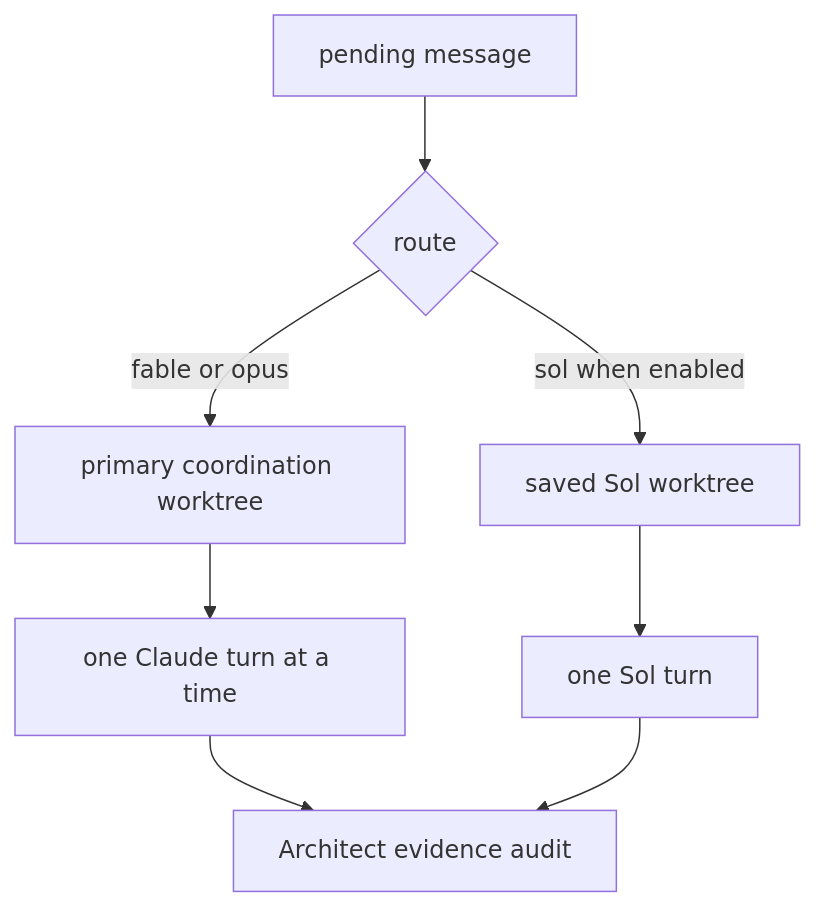
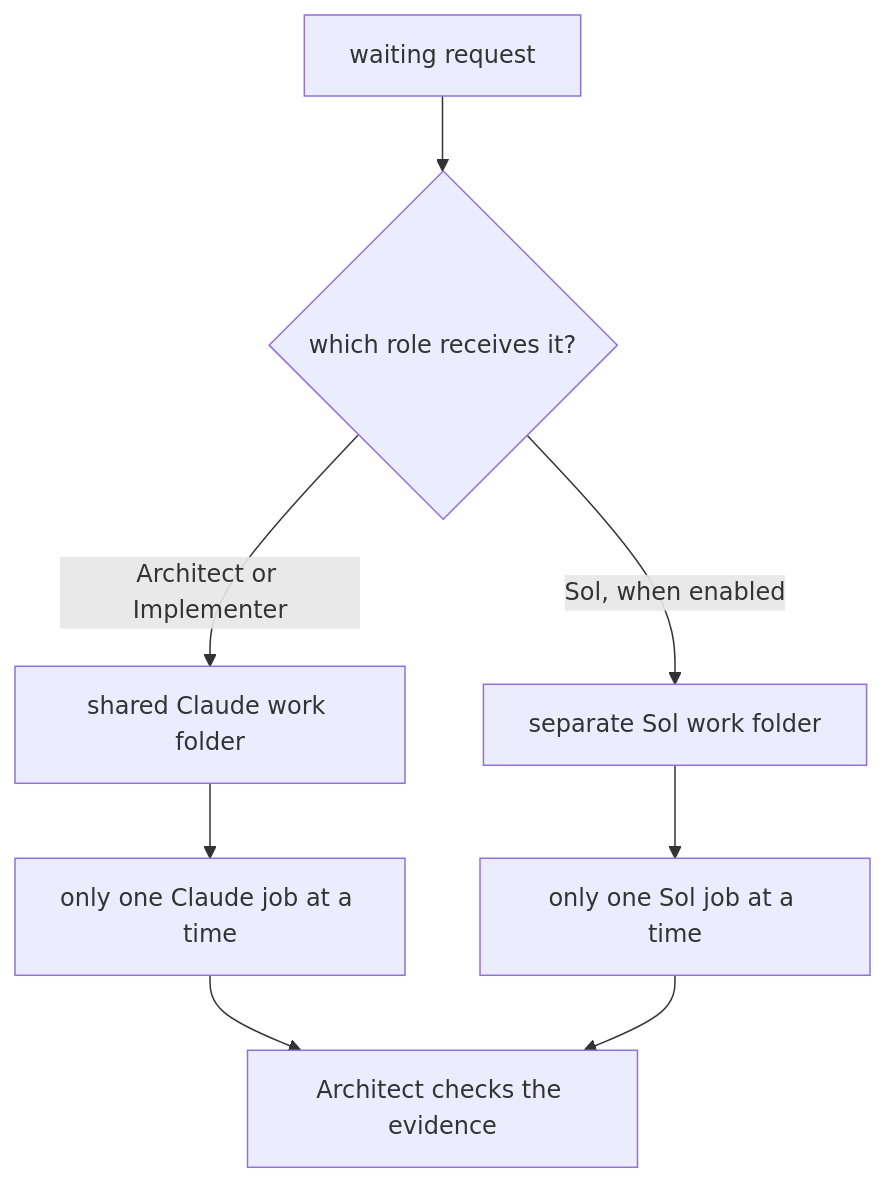
Before and after one commit to SBU-COSMOLIKE/emulators_code_v2: the fifth of 6 diagrams in ai/README.md, drawn with Mermaid. The commit also changed other lines of this file and 18 other files, not shown here.

````diff
--- a/ai/README.md
+++ b/ai/README.md
@@ -752,10 +844,10 @@
 ```mermaid
 flowchart TB
-  M["pending message"] --> R{"route"}
-  R -->|"fable or opus"| C["primary coordination worktree"]
-  R -->|"sol when enabled"| S["saved Sol worktree"]
-  C --> Q["one Claude turn at a time"]
-  S --> T["one Sol turn"]
-  Q --> A["Architect evidence audit"]
+  M["waiting request"] --> R{"which role receives it?"}
+  R -->|"Architect or Implementer"| C["shared Claude work folder"]
+  R -->|"Sol, when enabled"| S["separate Sol work folder"]
+  C --> Q["only one Claude job at a time"]
+  S --> T["only one Sol job at a time"]
+  Q --> A["Architect checks the evidence"]
   T --> A
 ```
````
